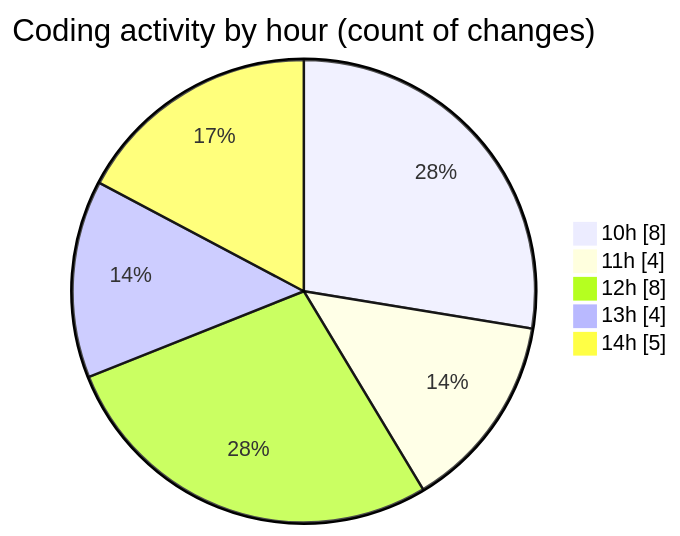
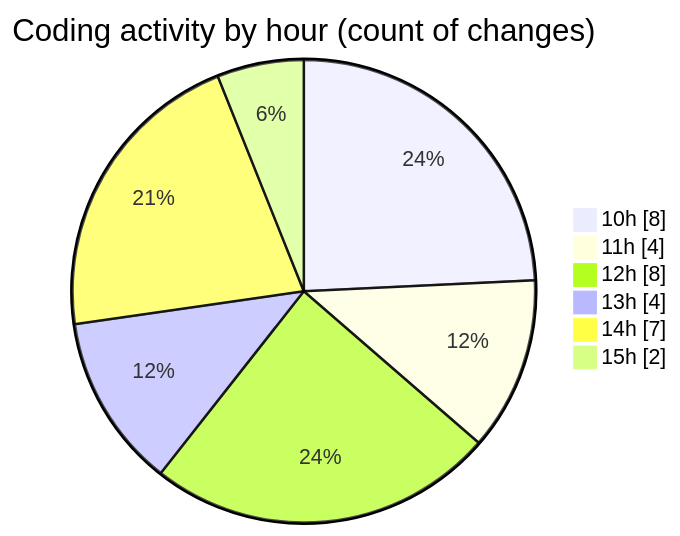
Before and after one commit to nxtqubesakshisongat/code-tracking: the second of 2 diagrams in 2025-08-07/nxtqube_webapp/README.md, drawn with Mermaid. The commit also changed other lines of this file and 1 other file, not shown here.

````diff
--- a/2025-08-07/nxtqube_webapp/README.md
+++ b/2025-08-07/nxtqube_webapp/README.md
@@ -35,9 +35,10 @@
 ```mermaid
 pie showData
 title Coding activity by hour (count of changes)
 "10h" : 8
 "11h" : 4
 "12h" : 8
 "13h" : 4
-"14h" : 5
+"14h" : 7
+"15h" : 2
 ```
````
